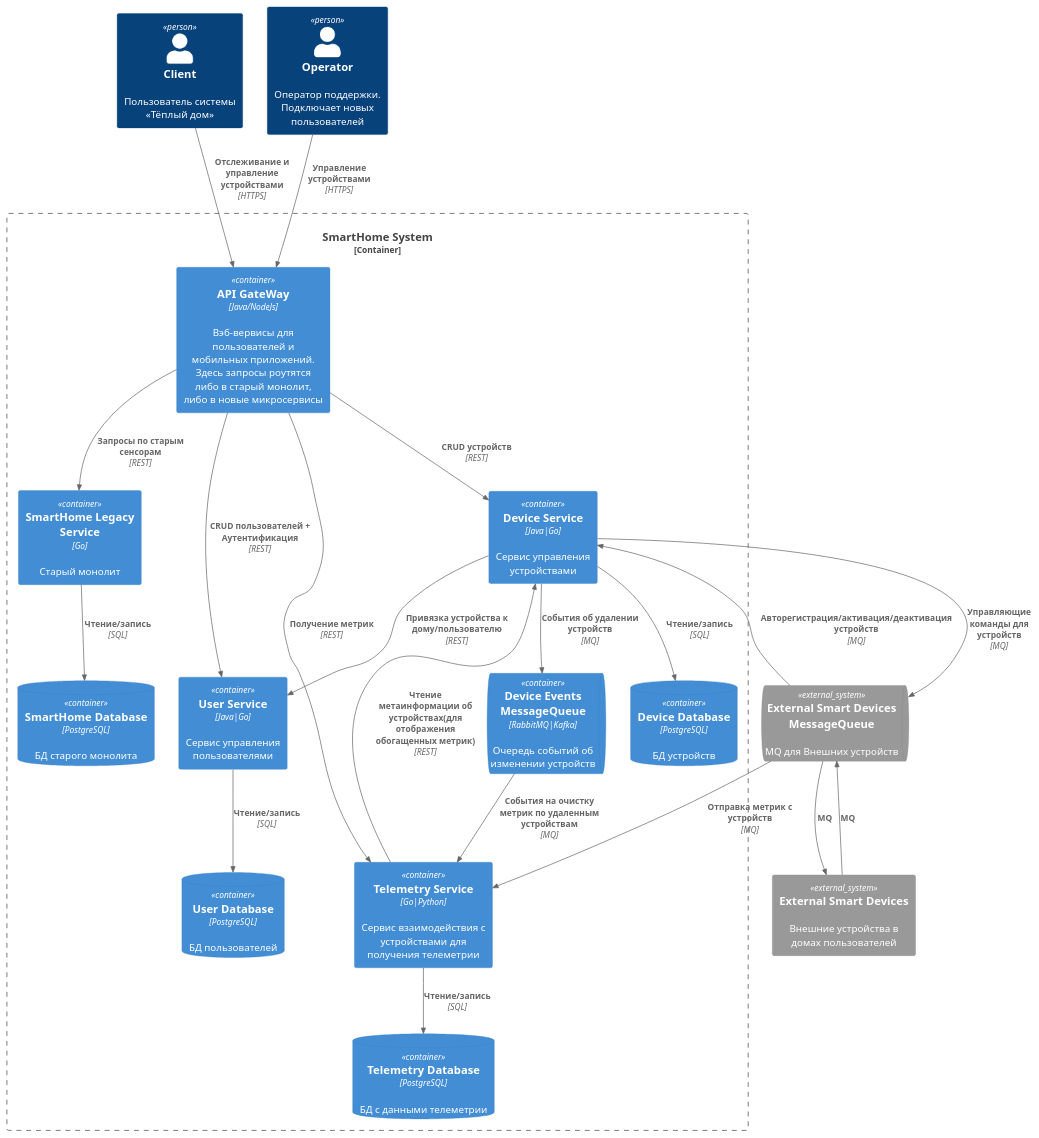
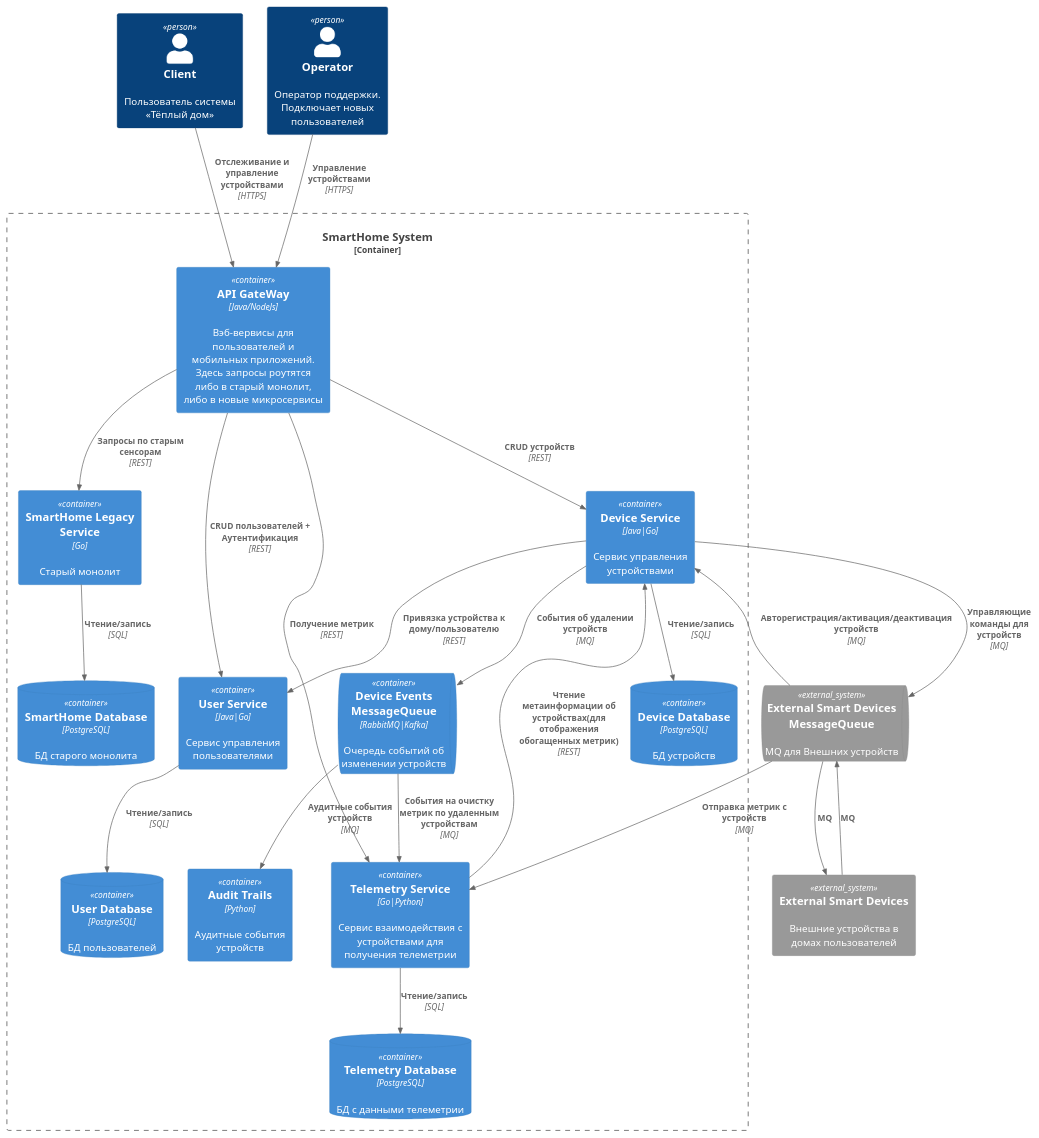
The diagram in schemas/C4_container.puml (Yandex-Practicum/architecture-pro-warmhouse), drawn with PlantUML before and after one commit. The commit also changed 7 other files, not shown here.

Commit message:
Задание 2. renew schemas

```diff
--- a/schemas/C4_container.puml
+++ b/schemas/C4_container.puml
@@ -1,49 +1,51 @@
 @startuml
 !include https://raw.githubusercontent.com/plantuml-stdlib/C4-PlantUML/master/C4_Container.puml
 
 Person(client, "Client", "Пользователь системы «Тёплый дом»")
 Person(operator, "Operator", "Оператор поддержки. Подключает новых пользователей")
 
 Container_Boundary(smartHomeSystem, "SmartHome System") {
     Container(apiGW, "API GateWay", "Java/NodeJs", "Вэб-вервисы для пользователей и мобильных приложений. Здесь запросы роутятся либо в старый монолит, либо в новые микросервисы")
     Container(smartHomeLegacy, "SmartHome Legacy Service", "Go", "Старый монолит")
     ContainerDb(smartHomeDatabase, "SmartHome Database", "PostgreSQL", "БД старого монолита")
     Container(userService, "User Service", "Java|Go", "Сервис управления пользователями")
     ContainerDb(userDatabase, "User Database", "PostgreSQL", "БД пользователей")
     Container(deviceService, "Device Service", "Java|Go", "Сервис управления устройствами")
     ContainerDb(deviceDatabase, "Device Database", "PostgreSQL", "БД устройств")
     Container(telemetryService, "Telemetry Service", "Go|Python", "Сервис взаимодействия с устройствами для получения телеметрии")
     ContainerDb(telemetryDatabase, "Telemetry Database", "PostgreSQL", "БД с данными телеметрии")
     ContainerQueue(deviceEventsMq, "Device Events MessageQueue", "RabbitMQ|Kafka", "Очередь событий об изменении устройств")
+    Container(auditTrails, "Audit Trails", "Python", "Аудитные события устройств")
 }
 
 System_Ext(smartDevices ,"External Smart Devices", "Внешние устройства в домах пользователей")
 SystemQueue_Ext(smartDevicesMq ,"External Smart Devices MessageQueue", "MQ для Внешних устройств")
 
 Rel(smartHomeLegacy, smartHomeDatabase, "Чтение/запись", "SQL")
 Rel(userService, userDatabase, "Чтение/запись" ,"SQL")
 Rel(deviceService, deviceDatabase, "Чтение/запись", "SQL")
 Rel(telemetryService, telemetryDatabase, "Чтение/запись", "SQL")
 
 Rel(telemetryService, deviceService, "Чтение метаинформации об устройствах(для отображения обогащенных метрик)", "REST")
 Rel(deviceService, userService, "Привязка устройства к дому/пользователю", "REST")
 
 Rel(client, apiGW, "Отслеживание и управление устройствами", "HTTPS")
 Rel(operator, apiGW, "Управление устройствами", "HTTPS")
 
 Rel(apiGW, smartHomeLegacy, "Запросы по старым сенсорам", "REST")
 Rel(apiGW, userService, "CRUD пользователей + Аутентификация", "REST")
 Rel(apiGW, deviceService, "CRUD устройств", "REST")
 Rel(apiGW, telemetryService, "Получение метрик", "REST")
 
+Rel(deviceEventsMq, auditTrails, "Аудитные события устройств", "MQ")
 Rel(deviceService, deviceEventsMq, "События об удалении устройств", "MQ")
 Rel(deviceEventsMq, telemetryService, "События на очистку метрик по удаленным устройствам", "MQ")
 
 Rel(deviceService, smartDevicesMq, "Управляющие команды для устройств", "MQ")
 Rel(smartDevicesMq, deviceService, "Авторегистрация/активация/деактивация устройств","MQ")
 Rel(smartDevicesMq, telemetryService, "Отправка метрик с устройств","MQ")
 
 Rel(smartDevices, smartDevicesMq, "MQ")
 Rel(smartDevicesMq, smartDevices, "MQ")
 
 @enduml
```
